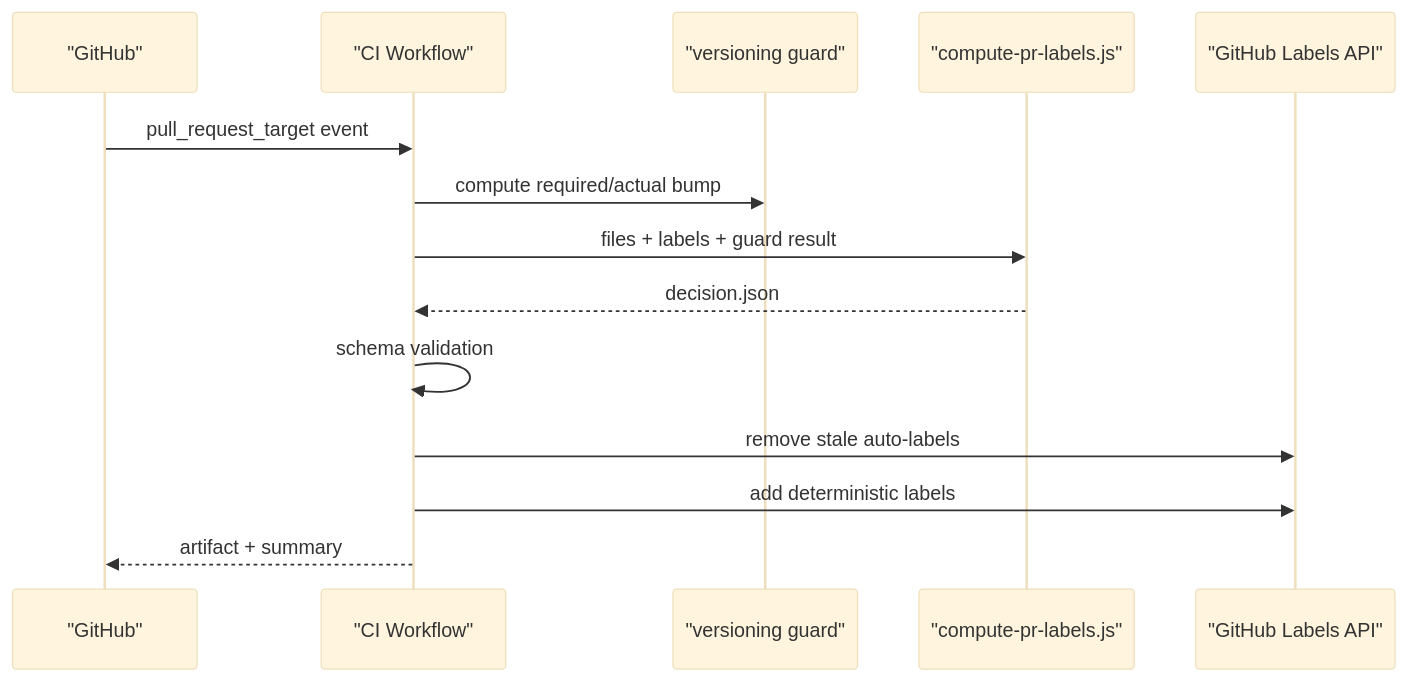
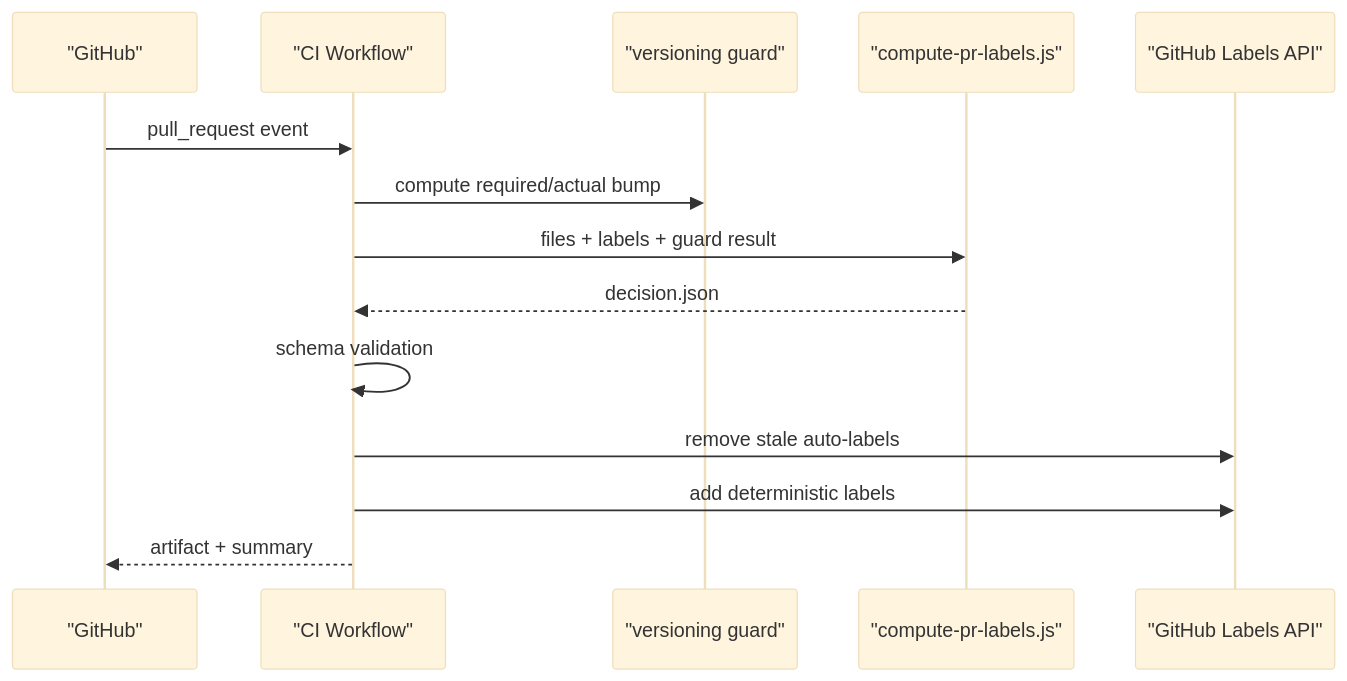
One commit to tomtastisch/FileClassifier changed the third of 4 diagrams in docs/AUTO_LABELING_AND_VERSIONING.md. Above: the diagram before and after it, drawn with Mermaid (base theme). The commit also changed 3 other files, not shown here.

````diff
--- a/docs/AUTO_LABELING_AND_VERSIONING.md
+++ b/docs/AUTO_LABELING_AND_VERSIONING.md
@@ -82,17 +82,17 @@
 ```mermaid
 sequenceDiagram
   participant GH as "GitHub"
   participant CI as "CI Workflow"
   participant Guard as "versioning guard"
   participant Engine as "compute-pr-labels.js"
   participant API as "GitHub Labels API"
 
-  GH->>CI: pull_request_target event
+  GH->>CI: pull_request event
   CI->>Guard: compute required/actual bump
   CI->>Engine: files + labels + guard result
   Engine-->>CI: decision.json
   CI->>CI: schema validation
   CI->>API: remove stale auto-labels
   CI->>API: add deterministic labels
   CI-->>GH: artifact + summary
 ```
````
